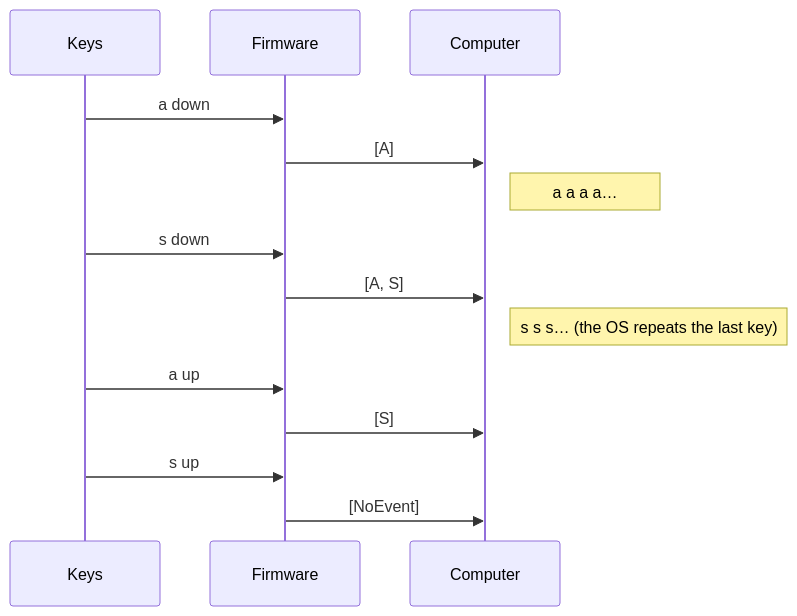
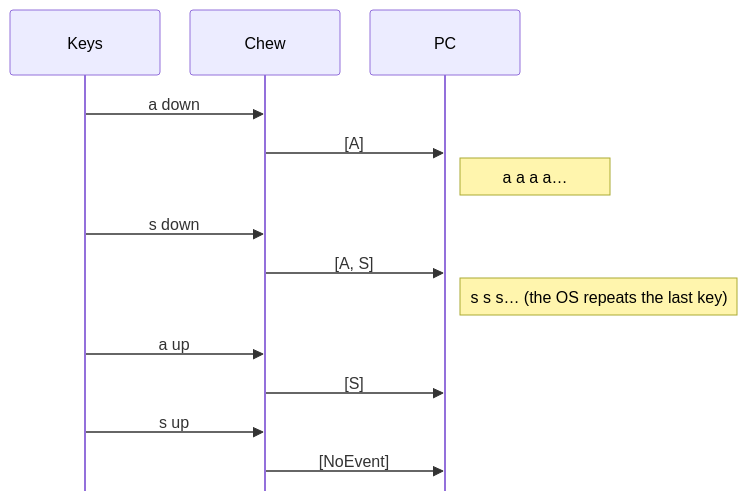
Before and after one commit to flinguenheld/rusty_chew: the second of 5 diagrams in docs/REPORTS.md, drawn with Mermaid. The commit also changed other lines of this file and 2 other files, not shown here.

````diff
--- a/docs/REPORTS.md
+++ b/docs/REPORTS.md
@@ -166,16 +173,17 @@
 ```mermaid
+%%{init: {"sequence": {"mirrorActors": false, "actorMargin": 30, "messageMargin": 20, "boxMargin": 5}}}%%
 sequenceDiagram
     participant K as Keys
-    participant F as Firmware
-    participant C as Computer
+    participant F as Chew
+    participant C as PC
     K->>F: a down
     F->>C: [A]
     Note right of C: a a a a…
     K->>F: s down
     F->>C: [A, S]
     Note right of C: s s s… (the OS repeats the last key)
     K->>F: a up
     F->>C: [S]
     K->>F: s up
     F->>C: [NoEvent]
 ```
````
